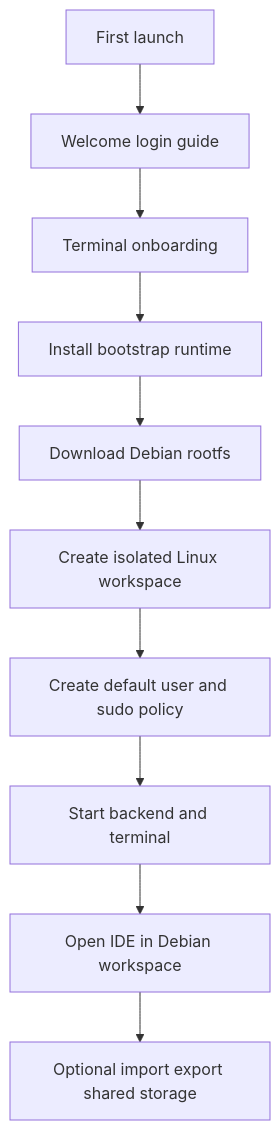
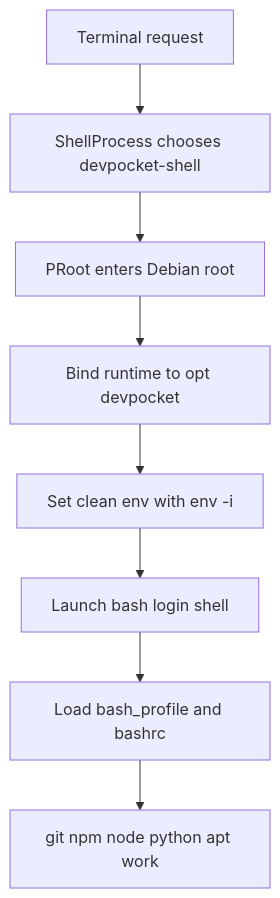
One commit to Taha-Raees/DevPocket changed the diagram in plans/terminal-strategy-plan.md. Above: the diagram before and after it, drawn with Mermaid. The commit also changed other lines of this file and 13 other files, not shown here.

Commit message:
Update Android runtime assets, polyfills, and terminal strategy

````diff
--- a/plans/terminal-strategy-plan.md
+++ b/plans/terminal-strategy-plan.md
@@ -54,12 +74,10 @@
 ```mermaid
 flowchart TD
-    A[First launch] --> B[Welcome login guide]
-    B --> C[Terminal onboarding]
-    C --> D[Install bootstrap runtime]
-    D --> E[Download Debian rootfs]
-    E --> F[Create isolated Linux workspace]
-    F --> G[Create default user and sudo policy]
-    G --> H[Start backend and terminal]
-    H --> I[Open IDE in Debian workspace]
-    I --> J[Optional import export shared storage]
+    A[Terminal request] --> B[ShellProcess chooses devpocket-shell]
+    B --> C[PRoot enters Debian root]
+    C --> D[Bind runtime to opt devpocket]
+    D --> E[Set clean env with env -i]
+    E --> F[Launch bash login shell]
+    F --> G[Load bash_profile and bashrc]
+    G --> H[git npm node python apt work]
 ```
````
